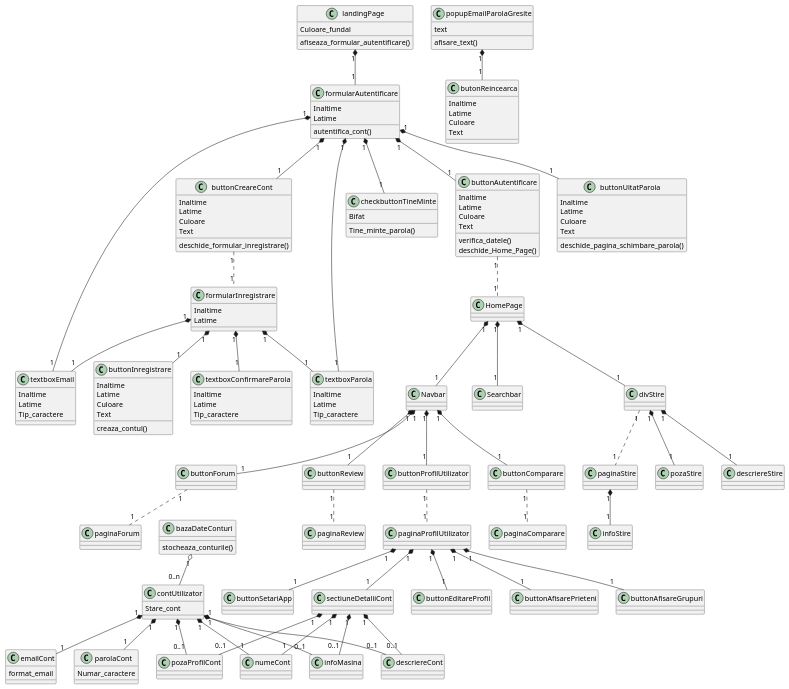
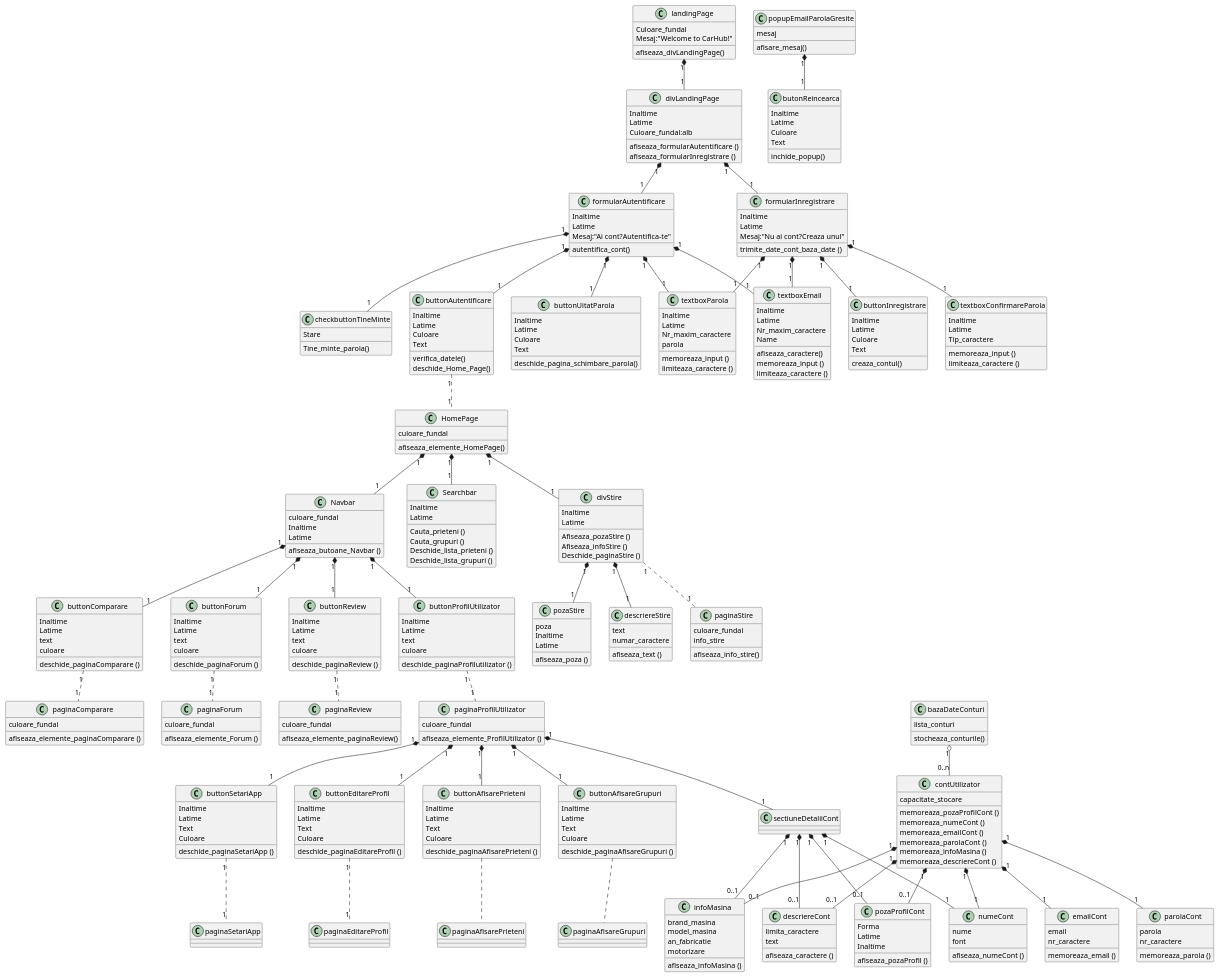
The diagram in ClassDiagram.puml (GelilFabian/CarHub), drawn with PlantUML before and after one commit. The commit also changed 2 other files, not shown here.

Commit message:
req+ClassDiag+UCDiag update 26/08/23

```diff
--- a/ClassDiagram.puml
+++ b/ClassDiagram.puml
@@ -2,34 +2,49 @@
 'https://plantuml.com/class-diagram
 class landingPage{
 Culoare_fundal
-afiseaza_formular_autentificare()
+Mesaj:"Welcome to CarHub!"
+afiseaza_divLandingPage()
 }
+
+class divLandingPage {
+Inaltime
+Latime
+Culoare_fundal:alb
+afiseaza_formularAutentificare ()
+afiseaza_formularInregistrare ()
+}
+
 class formularAutentificare{
 Inaltime
 Latime
+Mesaj:"Ai cont?Autentifica-te"
 autentifica_cont()
 }
+
 class textboxEmail{
 Inaltime
 Latime
-Tip_caractere
+Nr_maxim_caractere
+Name
+afiseaza_caractere()
+memoreaza_input ()
+limiteaza_caractere ()
 }
+
 class textboxParola{
 Inaltime
 Latime
-Tip_caractere
+Nr_maxim_caractere
+parola
+memoreaza_input ()
+limiteaza_caractere ()
 }
+
 class checkbuttonTineMinte{
-Bifat
+Stare
 Tine_minte_parola()
 }
-class buttonCreareCont{
-Inaltime
-Latime
-Culoare
-Text
-deschide_formular_inregistrare()
-}
+
 class buttonAutentificare{
 Inaltime
 Latime
@@ -38,6 +53,7 @@
 verifica_datele()
 deschide_Home_Page()
 }
+
 class buttonUitatParola{
 Inaltime
 Latime
@@ -45,24 +61,44 @@
 Text
 deschide_pagina_schimbare_parola()
 }
+
 class contUtilizator{
-Stare_cont
+capacitate_stocare
+memoreaza_pozaProfilCont ()
+memoreaza_numeCont ()
+memoreaza_emailCont ()
+memoreaza_parolaCont ()
+memoreaza_infoMasina ()
+memoreaza_descriereCont ()
 }
+
 class emailCont {
-format_email
+email
+nr_caractere
+memoreaza_email ()
 }
+
 class parolaCont {
-Numar_caractere
+parola
+nr_caractere
+memoreaza_parola ()
 }
+
 class formularInregistrare{
 Inaltime
 Latime
+Mesaj:"Nu ai cont?Creaza unul"
+trimite_date_cont_baza_date ()
 }
+
 class textboxConfirmareParola {
 Inaltime
 Latime
 Tip_caractere
+memoreaza_input ()
+limiteaza_caractere ()
 }
+
 class buttonInregistrare{
 Inaltime
 Latime
@@ -70,85 +106,209 @@
 Text
 creaza_contul()
 }
+
 class bazaDateConturi{
+lista_conturi
 stocheaza_conturile()
 }
+
 class popupEmailParolaGresite{
-text
-afisare_text()
+mesaj
+afisare_mesaj()
 }
+
 class butonReincearca{
 Inaltime
 Latime
 Culoare
 Text
+inchide_popup()
 }
+
 class HomePage{
+culoare_fundal
+afiseaza_elemente_HomePage()
 }
+
 class Navbar {
+culoare_fundal
+Inaltime
+Latime
+afiseaza_butoane_Navbar ()
 }
+
 class Searchbar{
+Inaltime
+Latime
+Cauta_prieteni ()
+Cauta_grupuri ()
+Deschide_lista_prieteni ()
+Deschide_lista_grupuri ()
 }
+
 class divStire{
+Inaltime
+Latime
+Afiseaza_pozaStire ()
+Afiseaza_infoStire ()
+Deschide_paginaStire ()
 }
+
 class pozaStire {
+poza
+Inaltime
+Latime
+afiseaza_poza ()
 }
+
 class descriereStire {
+text
+numar_caractere
+afiseaza_text ()
 }
+
 class paginaStire {
+culoare_fundal
+info_stire
+afiseaza_info_stire()
 }
-class infoStire {
+
+class buttonProfilUtilizator {
+Inaltime
+Latime
+text
+culoare
+deschide_paginaProfilutilizator ()
 }
-class buttonProfilUtilizator {
+
+class paginaProfilUtilizator {
+culoare_fundal
+afiseaza_elemente_ProfilUtilizator ()
 }
-class paginaProfilUtilizator {
+
+class buttonComparare {
+Inaltime
+Latime
+text
+culoare
+deschide_paginaComparare ()
 }
-class buttonComparare {
+
+class paginaComparare {
+culoare_fundal
+afiseaza_elemente_paginaComparare ()
 }
-class paginaComparare {
+
+class buttonForum {
+Inaltime
+Latime
+text
+culoare
+deschide_paginaForum ()
 }
-class buttonForum {
+
+class paginaForum {
+culoare_fundal
+afiseaza_elemente_Forum ()
 }
-class paginaForum {
+
+class buttonReview {
+Inaltime
+Latime
+text
+culoare
+deschide_paginaReview ()
 }
-class buttonReview {
+
+class paginaReview {
+culoare_fundal
+afiseaza_elemente_paginaReview()
 }
-class paginaReview {
+
+class pozaProfilCont{
+Forma
+Latime
+Inaltime
+afiseaza_pozaProfil ()
 }
-class pozaProfilCont{
+
+class numeCont {
+nume
+font
+afiseaza_numeCont ()
 }
-class numeCont {
+
+class infoMasina {
+brand_masina
+model_masina
+an_fabricatie
+motorizare
+afiseaza_infoMasina ()
 }
-class infoMasina {
+
+class descriereCont {
+limita_caractere
+text
+afiseaza_caractere ()
 }
-class descriereCont {
+
+class buttonEditareProfil {
+Inaltime
+Latime
+Text
+Culoare
+deschide_paginaEditareProfil ()
 }
-class buttonEditareProfil {
+
+class paginaEditareProfil {
 }
+
 class buttonAfisarePrieteni {
+Inaltime
+Latime
+Text
+Culoare
+deschide_paginaAfisarePrieteni ()
 }
+
 class buttonAfisareGrupuri {
+Inaltime
+Latime
+Text
+Culoare
+deschide_paginaAfisareGrupuri ()
 }
+
 class buttonSetariApp {
+Inaltime
+Latime
+Text
+Culoare
+deschide_paginaSetariApp ()
 }
+
+class paginaSetariApp {
+}
+
 class sectiuneDetaliiCont {
 }
 
 'fa proprietatile
 'fa functionalitatile
 'fa mai multe clase
-'clasele sunt la general, obiectele sunt personalizate
+'clasele sunt la general, obiectele sunt proprietati valorizate
+'UCdiag ma ajuta sa stabilesc propr si funct in CDiag
 'info Masina e are proprietati de content
-'pot folosi relatia de asociere cu puncte puncte
+'mostenire- creez o clasa de baza si migrez chestii comune si trag relatia de la derivate la clasa de baza fara sa mai scriu in cele de baza chestiile comune
 
-landingPage "1" *-- "1" formularAutentificare
-formularAutentificare "1" *-- "1" buttonCreareCont
+landingPage "1" *-- "1" divLandingPage
+divLandingPage "1" *-- "1" formularAutentificare
+divLandingPage "1" *-- "1" formularInregistrare
 formularAutentificare "1" *-- "1" textboxEmail
 formularAutentificare "1" *-- "1" textboxParola
 formularAutentificare "1" *-- "1" checkbuttonTineMinte
 formularAutentificare "1" *-- "1" buttonUitatParola
 formularAutentificare "1" *-- "1" buttonAutentificare
-buttonCreareCont "1" .. "1" formularInregistrare
 buttonAutentificare "1" .. "1" HomePage
 formularInregistrare "1" *-- "1" textboxEmail
 formularInregistrare "1" *-- "1" textboxParola
@@ -168,7 +328,6 @@
 divStire "1" *-- "1" pozaStire
 divStire "1" *-- "1" descriereStire
 divStire "1" .. "1" paginaStire
-paginaStire "1" *-- "1" infoStire
 Navbar "1" *-- "1" buttonProfilUtilizator
 Navbar "1" *-- "1" buttonComparare
 Navbar "1" *-- "1" buttonForum
@@ -186,5 +345,8 @@
 sectiuneDetaliiCont "1" *-- "1" numeCont
 sectiuneDetaliiCont "1" *-- "0..1" infoMasina
 sectiuneDetaliiCont "1" *-- "0..1" descriereCont
-
+buttonSetariApp "1".."1" paginaSetariApp
+buttonEditareProfil "1".."1" paginaEditareProfil
+buttonAfisarePrieteni .. paginaAfisarePrieteni
+buttonAfisareGrupuri .. paginaAfisareGrupuri
 @enduml
```
